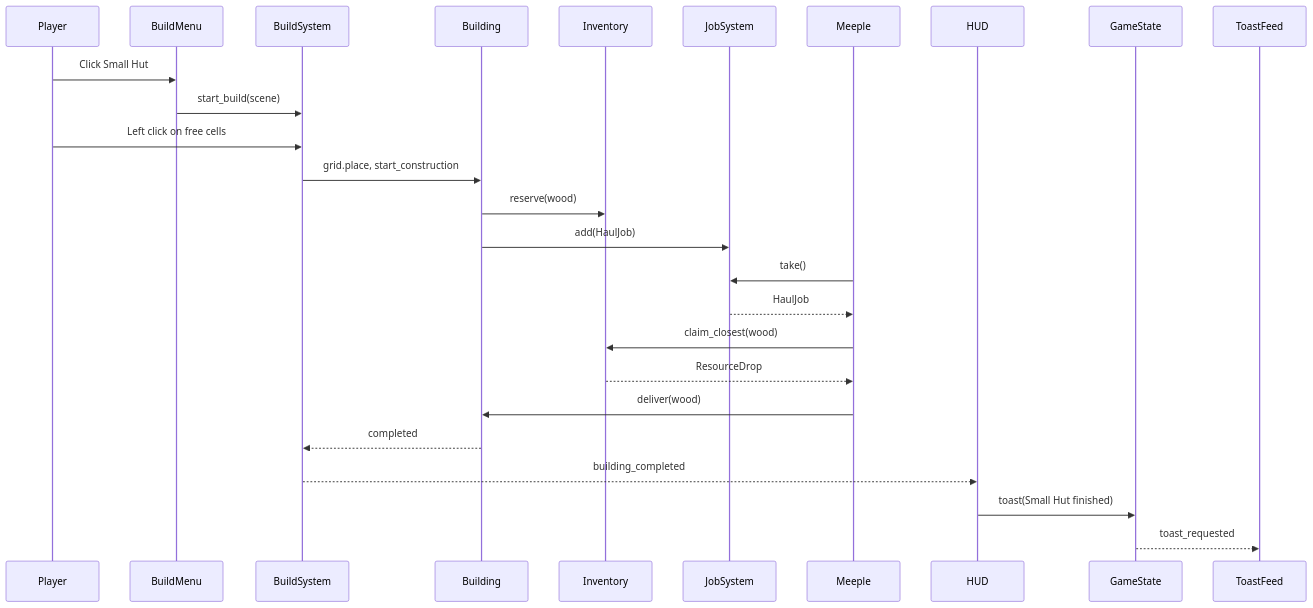
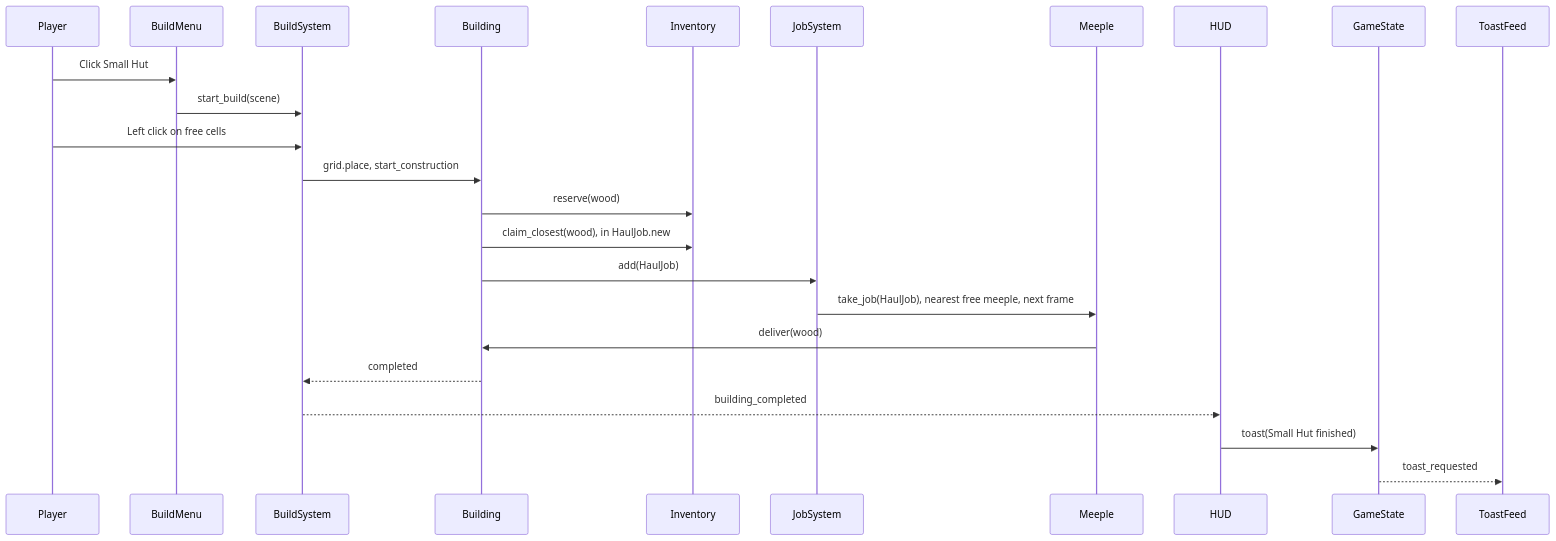
Before and after one commit to Liam-M-Mays/game-jam-2026: the fourth of 10 diagrams in docs/architecture.md, drawn with Mermaid. The commit also changed other lines of this file and 25 other files, not shown here.

First line of the commit message:
Jobs and free meeples find the nearest, with no job limit

````diff
--- a/docs/architecture.md
+++ b/docs/architecture.md
@@ -184,29 +182,27 @@
 ```mermaid
 sequenceDiagram
     participant Player
     participant BuildMenu
     participant BuildSystem
     participant Building
     participant Inventory
     participant JobSystem
     participant Meeple
     participant HUD
     participant GameState
     participant ToastFeed
 
     Player->>BuildMenu: Click Small Hut
     BuildMenu->>BuildSystem: start_build(scene)
     Player->>BuildSystem: Left click on free cells
     BuildSystem->>Building: grid.place, start_construction
     Building->>Inventory: reserve(wood)
+    Building->>Inventory: claim_closest(wood), in HaulJob.new
     Building->>JobSystem: add(HaulJob)
-    Meeple->>JobSystem: take()
-    JobSystem-->>Meeple: HaulJob
-    Meeple->>Inventory: claim_closest(wood)
-    Inventory-->>Meeple: ResourceDrop
+    JobSystem->>Meeple: take_job(HaulJob), nearest free meeple, next frame
     Meeple->>Building: deliver(wood)
     Building-->>BuildSystem: completed
     BuildSystem-->>HUD: building_completed
     HUD->>GameState: toast(Small Hut finished)
     GameState-->>ToastFeed: toast_requested
 ```
````
